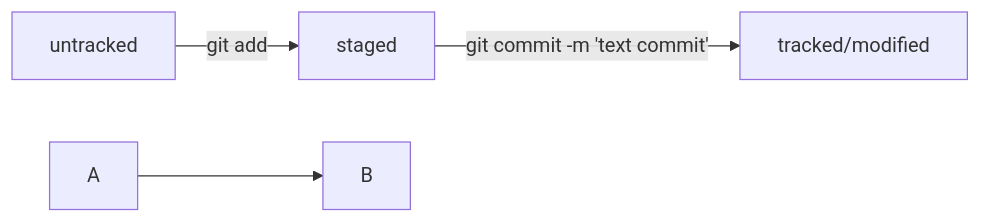
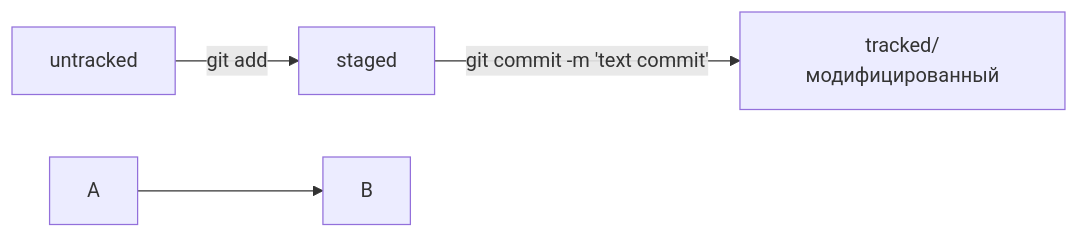
One commit to goplomah/command-for-git changed the diagram in README.md. Above: the diagram before and after it, drawn with Mermaid.

Commit message:
изменение языка на русский в последней блок-схеме mermaid

````diff
--- a/README.md
+++ b/README.md
@@ -16,8 +16,8 @@
 ```mermaid
 graph LR;
   untracked -- "git add" --> staged;
-  staged -- "git commit -m 'text commit'" --> tracked/modified;
+  staged -- "git commit -m 'text commit'" --> tracked/модифицированный;
 
 %% стрелка без текста для примера: 
   A --> B;
 ```
````
